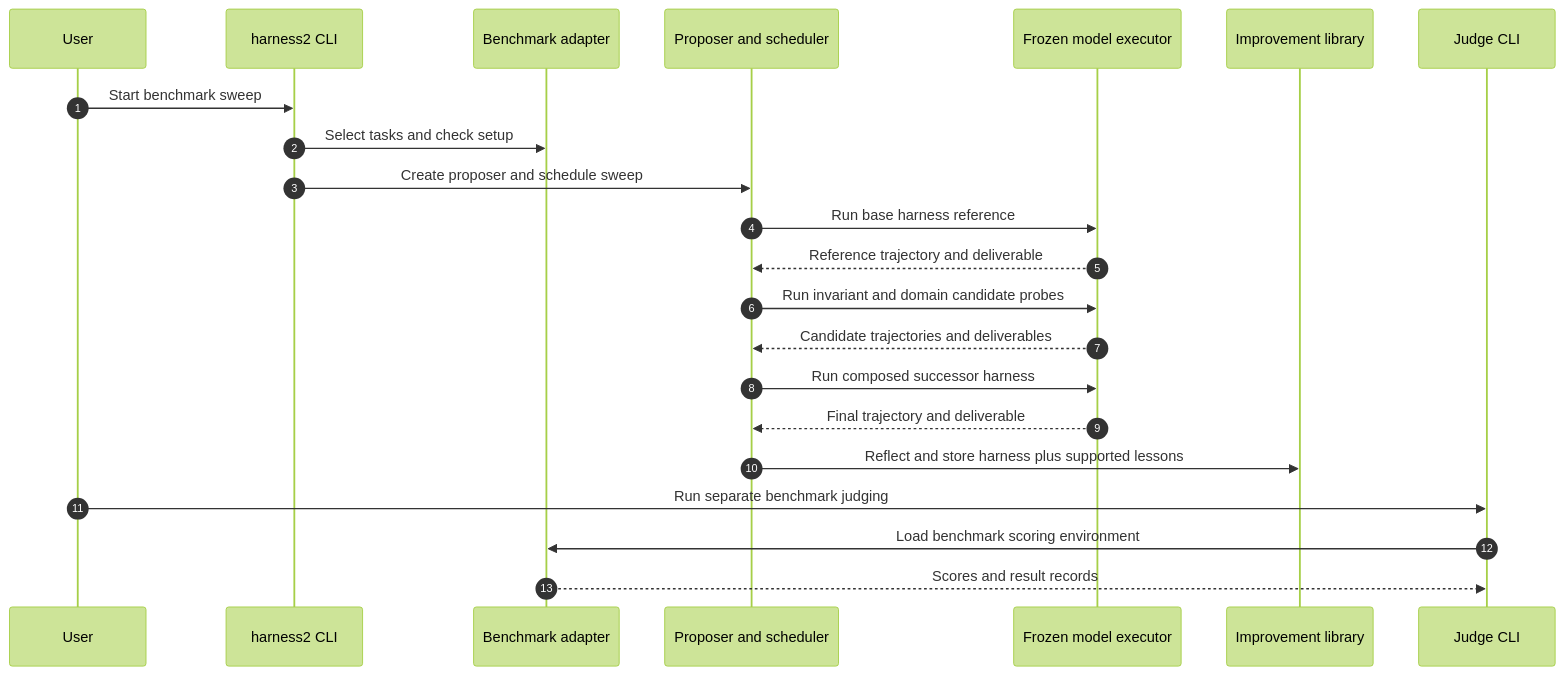
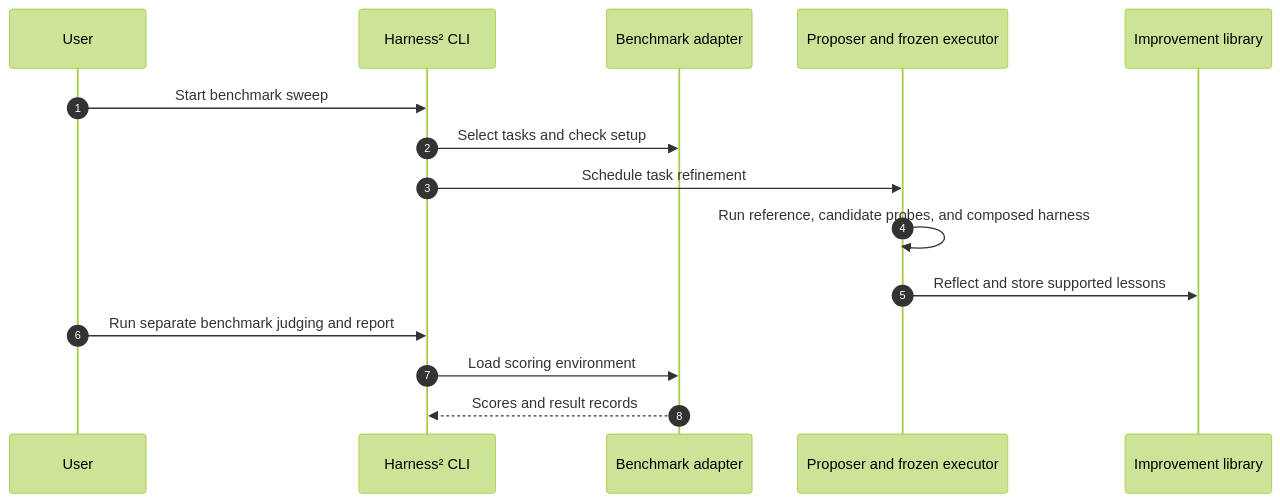
One commit to ImChong/Robotics_Notebooks changed the second of 2 diagrams in wiki/entities/paper-harness2.md. Above: the diagram before and after it, drawn with Mermaid (forest theme).

Commit message:
docs(wiki): 精简 Harness² 源码时序图

````diff
--- a/wiki/entities/paper-harness2.md
+++ b/wiki/entities/paper-harness2.md
@@ -100,24 +100,17 @@
 ```mermaid
 sequenceDiagram
   autonumber
   participant User as User
-  participant CLI as harness2 CLI
+  participant CLI as Harness² CLI
   participant Adapter as Benchmark adapter
-  participant Proposer as Proposer and scheduler
-  participant Executor as Frozen model executor
+  participant AgentLoop as Proposer and frozen executor
   participant Library as Improvement library
-  participant Judge as Judge CLI
   User->>CLI: Start benchmark sweep
   CLI->>Adapter: Select tasks and check setup
-  CLI->>Proposer: Create proposer and schedule sweep
-  Proposer->>Executor: Run base harness reference
-  Executor-->>Proposer: Reference trajectory and deliverable
-  Proposer->>Executor: Run invariant and domain candidate probes
-  Executor-->>Proposer: Candidate trajectories and deliverables
-  Proposer->>Executor: Run composed successor harness
-  Executor-->>Proposer: Final trajectory and deliverable
-  Proposer->>Library: Reflect and store harness plus supported lessons
-  User->>Judge: Run separate benchmark judging
-  Judge->>Adapter: Load benchmark scoring environment
-  Adapter-->>Judge: Scores and result records
+  CLI->>AgentLoop: Schedule task refinement
+  AgentLoop->>AgentLoop: Run reference, candidate probes, and composed harness
+  AgentLoop->>Library: Reflect and store supported lessons
+  User->>CLI: Run separate benchmark judging and report
+  CLI->>Adapter: Load scoring environment
+  Adapter-->>CLI: Scores and result records
 ```
````
